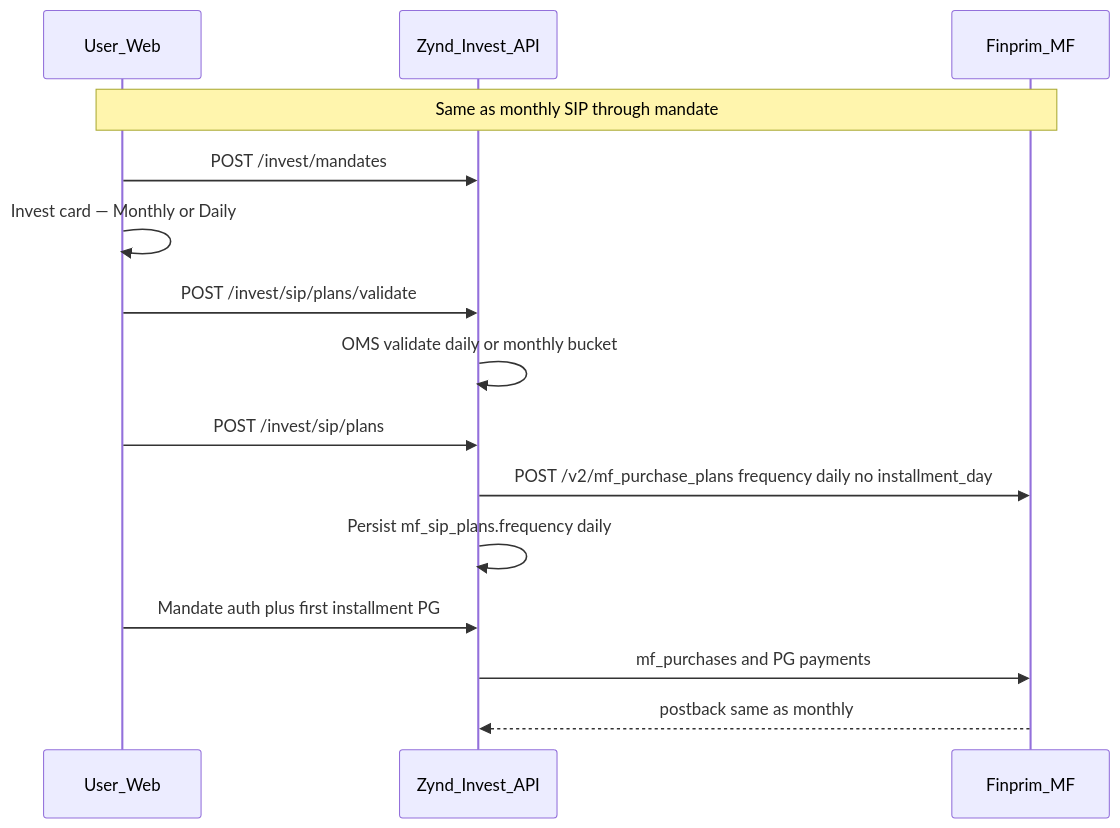
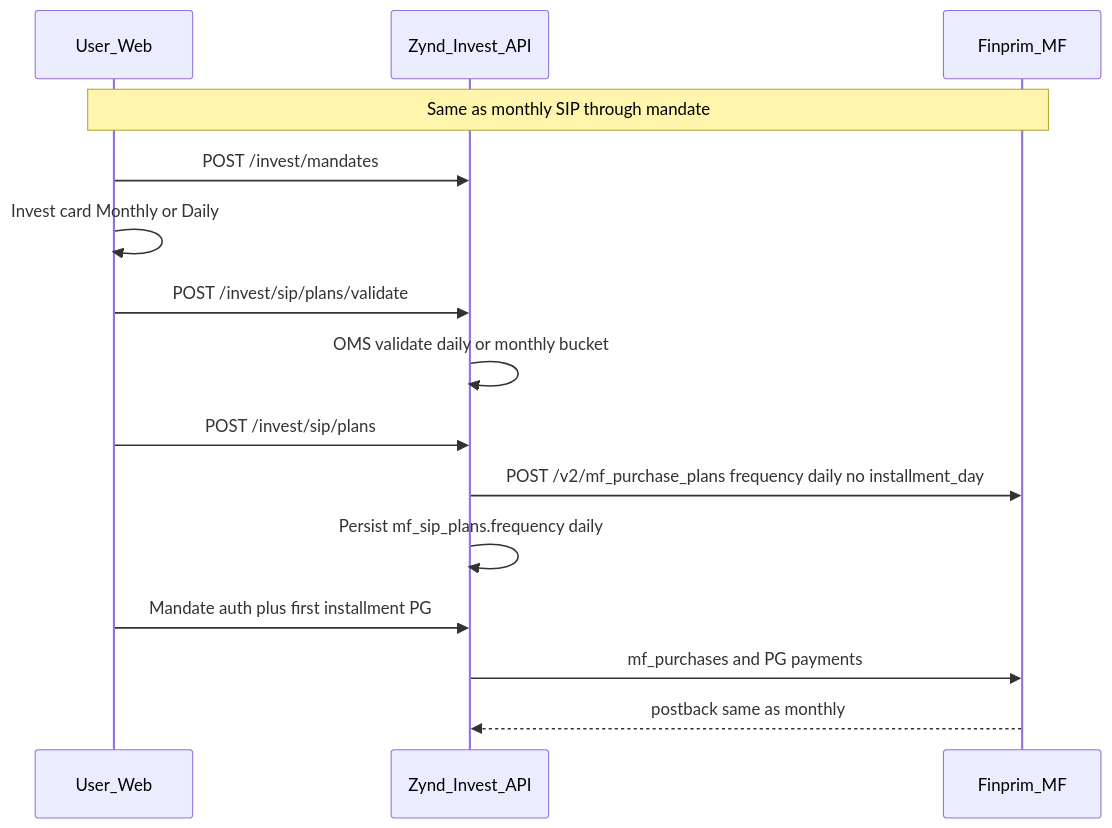
Before and after one commit to harshitkushwahh/Zynd: the diagram in Backend/docs/architecture/MF_SIP_DAILY_FREQUENCY.md, drawn with Mermaid. The commit also changed other lines of this file and 483 other files, not shown here.

````diff
--- a/Backend/docs/architecture/MF_SIP_DAILY_FREQUENCY.md
+++ b/Backend/docs/architecture/MF_SIP_DAILY_FREQUENCY.md
@@ -24,19 +24,19 @@
 ```mermaid
 sequenceDiagram
   participant U as User_Web
   participant API as Zynd_Invest_API
   participant FP as Finprim_MF
 
   Note over U,FP: Same as monthly SIP through mandate
   U->>API: POST /invest/mandates
-  U->>U: Invest card — Monthly or Daily
+  U->>U: Invest card  Monthly or Daily
   U->>API: POST /invest/sip/plans/validate
   API->>API: OMS validate daily or monthly bucket
   U->>API: POST /invest/sip/plans
   API->>FP: POST /v2/mf_purchase_plans frequency daily no installment_day
   API->>API: Persist mf_sip_plans.frequency daily
 
   U->>API: Mandate auth plus first installment PG
   API->>FP: mf_purchases and PG payments
   FP-->>API: postback same as monthly
 ```
````
